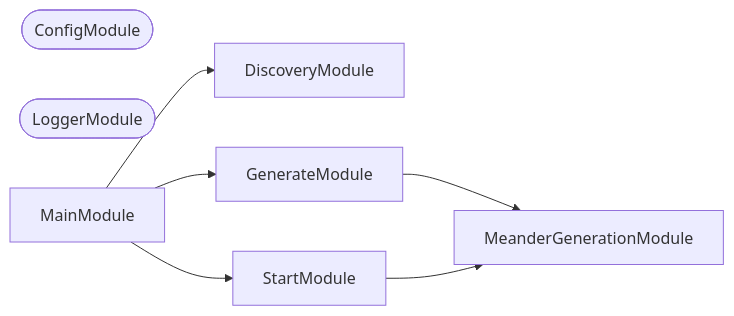
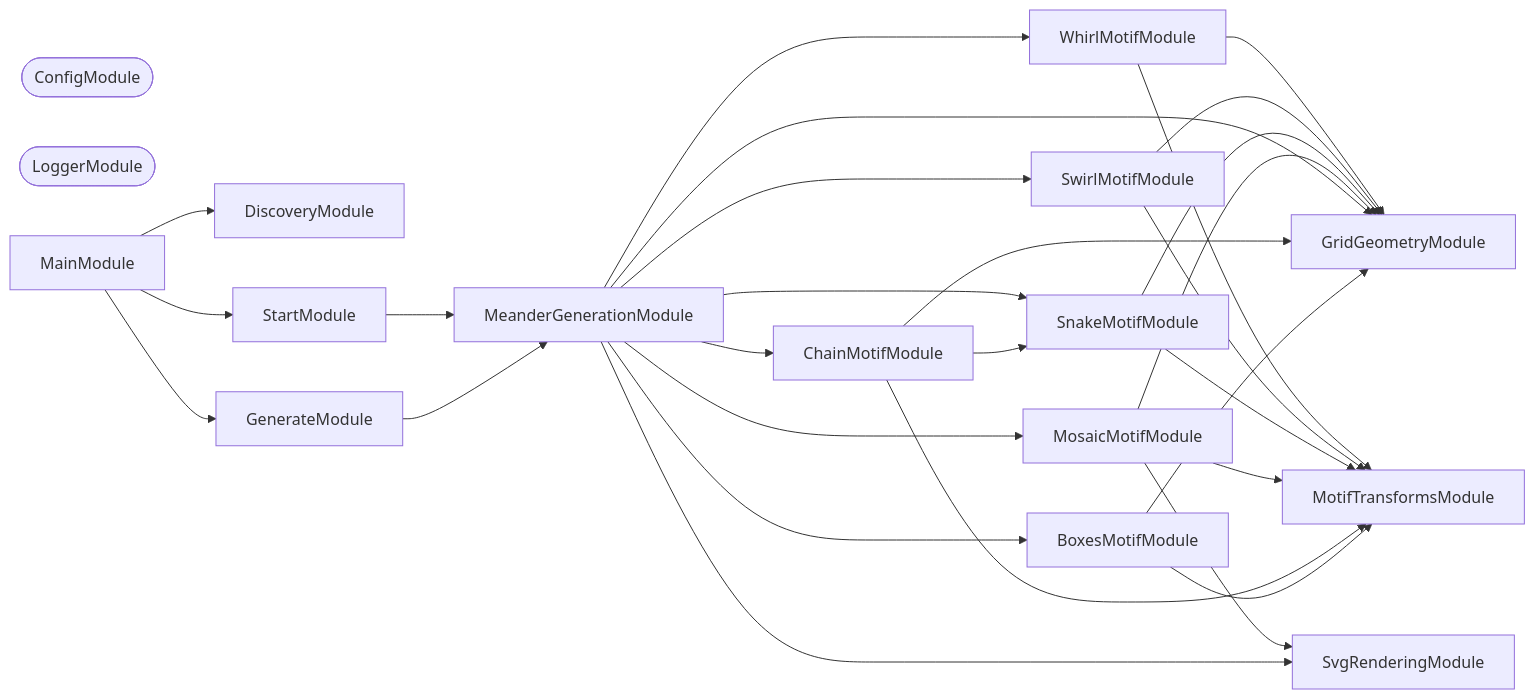
The fourth of 5 diagrams in applications/meanderaw/README.md (JimmyPaolini/codebase), drawn with Mermaid before and after one commit. The commit also changed other lines of this file and 90 other files, not shown here.

Commit message:
refactor(meanderaw): ♻️ split meander generation into per-motif service modules

````diff
--- a/applications/meanderaw/README.md
+++ b/applications/meanderaw/README.md
@@ -376,15 +403,46 @@
 ```mermaid
 flowchart LR
+  BoxesMotifModule
+  ChainMotifModule
   ConfigModule([ConfigModule])
   DiscoveryModule
   GenerateModule
+  GridGeometryModule
   LoggerModule([LoggerModule])
   MainModule
   MeanderGenerationModule
+  MosaicMotifModule
+  MotifTransformsModule
+  SnakeMotifModule
   StartModule
+  SvgRenderingModule
+  SwirlMotifModule
+  WhirlMotifModule
+  BoxesMotifModule --> GridGeometryModule
+  BoxesMotifModule --> MotifTransformsModule
+  ChainMotifModule --> GridGeometryModule
+  ChainMotifModule --> MotifTransformsModule
+  ChainMotifModule --> SnakeMotifModule
   GenerateModule --> MeanderGenerationModule
   MainModule --> DiscoveryModule
   MainModule --> GenerateModule
   MainModule --> StartModule
+  MeanderGenerationModule --> BoxesMotifModule
+  MeanderGenerationModule --> ChainMotifModule
+  MeanderGenerationModule --> GridGeometryModule
+  MeanderGenerationModule --> MosaicMotifModule
+  MeanderGenerationModule --> SnakeMotifModule
+  MeanderGenerationModule --> SvgRenderingModule
+  MeanderGenerationModule --> SwirlMotifModule
+  MeanderGenerationModule --> WhirlMotifModule
+  MosaicMotifModule --> GridGeometryModule
+  MosaicMotifModule --> MotifTransformsModule
+  MosaicMotifModule --> SvgRenderingModule
+  SnakeMotifModule --> GridGeometryModule
+  SnakeMotifModule --> MotifTransformsModule
   StartModule --> MeanderGenerationModule
+  SwirlMotifModule --> GridGeometryModule
+  SwirlMotifModule --> MotifTransformsModule
+  WhirlMotifModule --> GridGeometryModule
+  WhirlMotifModule --> MotifTransformsModule
 ```
````
